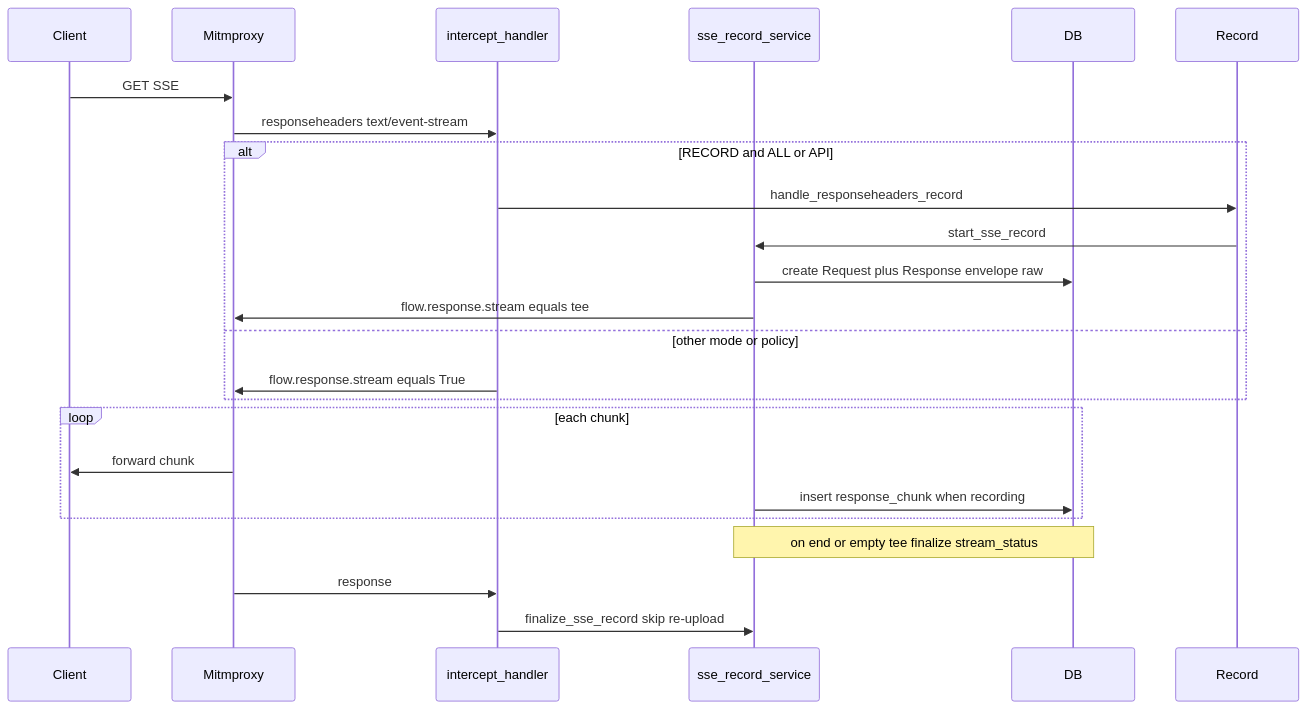
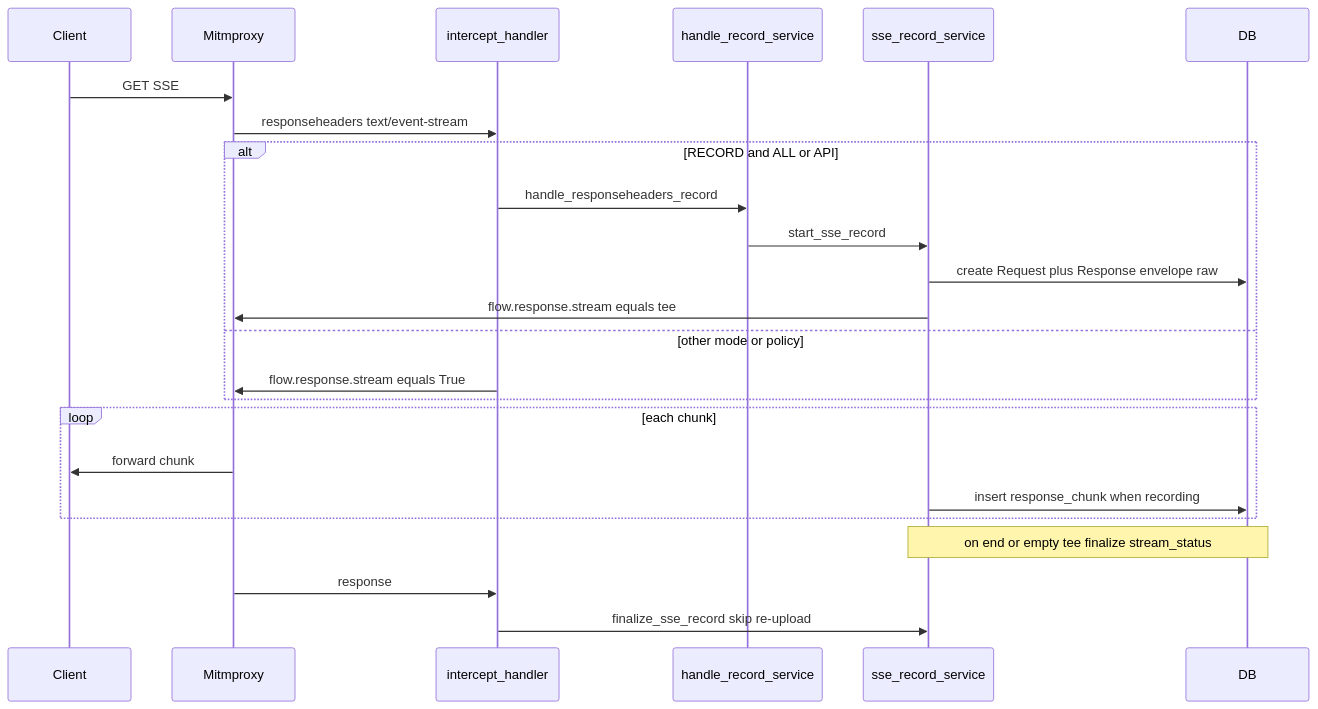
One commit to Stoobly/stoobly-agent changed the first of 3 diagrams in docs/sse-handling.md. Above: the diagram before and after it, drawn with Mermaid. The commit also changed other lines of this file, not shown here.

Commit message:
Declare Record participant in SSE record sequence diagram.

````diff
--- a/docs/sse-handling.md
+++ b/docs/sse-handling.md
@@ -26,26 +26,27 @@
 ```mermaid
 sequenceDiagram
   participant Client
   participant Mitmproxy
   participant Intercept as intercept_handler
+  participant Record as handle_record_service
   participant Sse as sse_record_service
   participant DB
 
   Client->>Mitmproxy: GET SSE
   Mitmproxy->>Intercept: responseheaders text/event-stream
   alt RECORD and ALL or API
     Intercept->>Record: handle_responseheaders_record
     Record->>Sse: start_sse_record
     Sse->>DB: create Request plus Response envelope raw
     Sse->>Mitmproxy: flow.response.stream equals tee
   else other mode or policy
     Intercept->>Mitmproxy: flow.response.stream equals True
   end
   loop each chunk
     Mitmproxy->>Client: forward chunk
     Sse->>DB: insert response_chunk when recording
   end
   Note over Sse,DB: on end or empty tee finalize stream_status
   Mitmproxy->>Intercept: response
   Intercept->>Sse: finalize_sse_record skip re-upload
 ```
````
